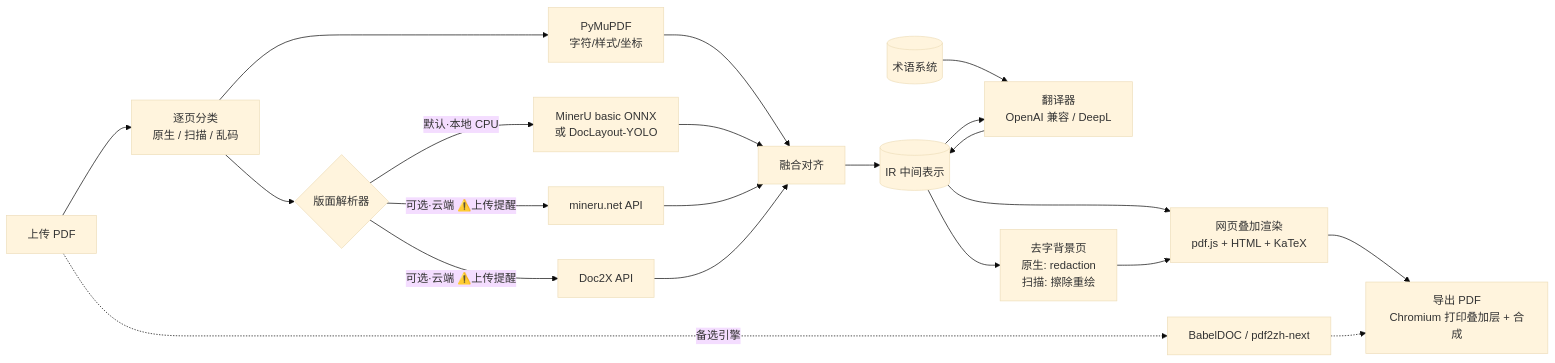
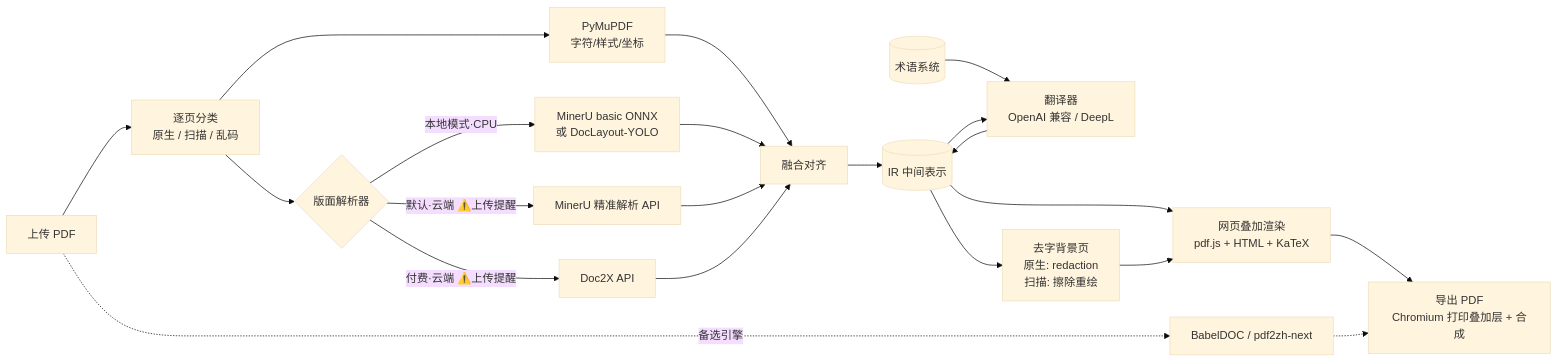
Before and after one commit to weandy/pdf-translator: the diagram in docs/01-tech-stack.md, drawn with Mermaid (base theme). The commit also changed other lines of this file and 2 other files, not shown here.

First line of the commit message:
文档(选型)：默认改为轻量模式，版面解析走 MinerU 云端，支持 Doc2X 付费 API

````diff
--- a/docs/01-tech-stack.md
+++ b/docs/01-tech-stack.md
@@ -41,23 +53,23 @@
 ```mermaid
 flowchart LR
   PDF[上传 PDF] --> C[逐页分类<br/>原生 / 扫描 / 乱码]
   C --> N[PyMuPDF<br/>字符/样式/坐标]
   C --> L{版面解析器}
-  L -->|默认·本地 CPU| M0[MinerU basic ONNX<br/>或 DocLayout-YOLO]
-  L -->|可选·云端 ⚠️上传提醒| M1[mineru.net API]
-  L -->|可选·云端 ⚠️上传提醒| D[Doc2X API]
+  L -->|默认·云端 ⚠️上传提醒| M1[MinerU 精准解析 API]
+  L -->|付费·云端 ⚠️上传提醒| D[Doc2X API]
+  L -->|本地模式·CPU| M0[MinerU basic ONNX<br/>或 DocLayout-YOLO]
   N --> F[融合对齐]
   M0 --> F
   M1 --> F
   D --> F
   F --> IR[(IR 中间表示)]
   G[(术语系统)] --> T
   IR --> T[翻译器<br/>OpenAI 兼容 / DeepL]
   T --> IR
   IR --> BG[去字背景页<br/>原生: redaction<br/>扫描: 擦除重绘]
   IR --> W[网页叠加渲染<br/>pdf.js + HTML + KaTeX]
   BG --> W
   W --> E[导出 PDF<br/>Chromium 打印叠加层 + 合成]
   PDF -.备选引擎.-> B[BabelDOC / pdf2zh-next]
   B -.-> E
 ```
````
